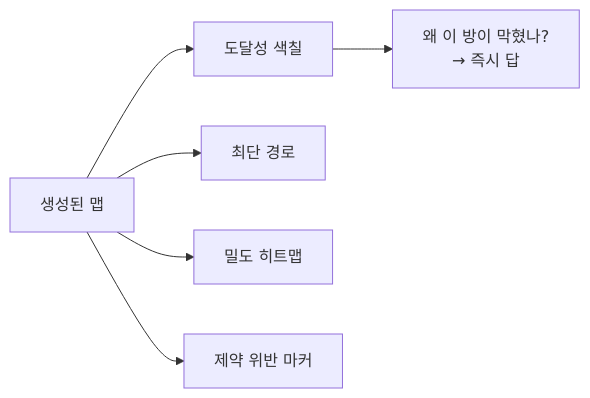
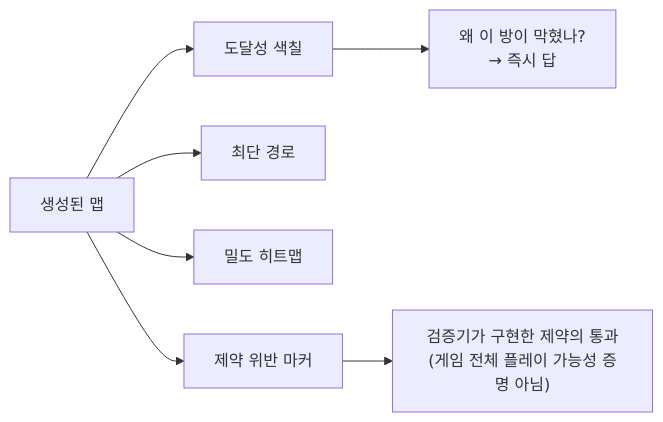
Before and after one commit to Rein-ArXiv/game-dev-curriculum: the fifth of 5 diagrams in tools/part03_procedural.md, drawn with Mermaid. The commit also changed other lines of this file and 279 other files, not shown here.

````diff
--- a/tools/part03_procedural.md
+++ b/tools/part03_procedural.md
@@ -644,8 +695,9 @@
 ```mermaid
 flowchart LR
     Map[생성된 맵] --> R[도달성 색칠]
     Map --> P[최단 경로]
     Map --> D[밀도 히트맵]
     Map --> V[제약 위반 마커]
     R --> Q["왜 이 방이 막혔나?<br/>→ 즉시 답"]
+    V --> S["검증기가 구현한 제약의 통과<br/>(게임 전체 플레이 가능성 증명 아님)"]
 ```
````
